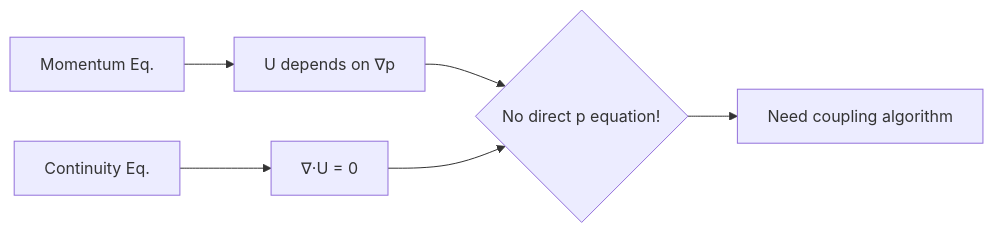
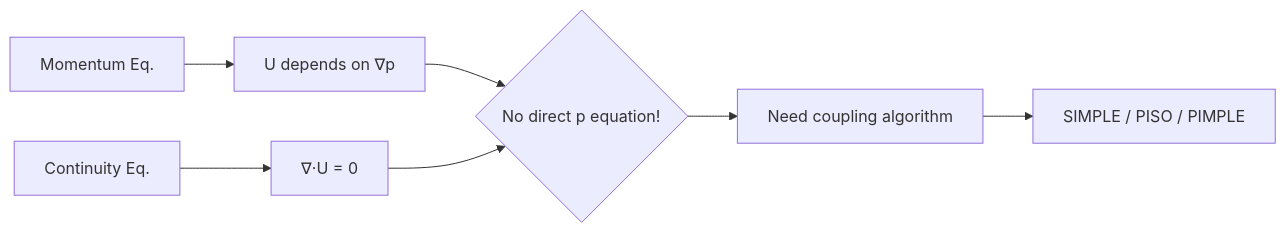
The diagram in MODULE_03_SINGLE_PHASE_FLOW/CONTENT/02_PRESSURE_VELOCITY_COUPLING/00_Overview.md (wramet/build-my-cfd), drawn with Mermaid before and after one commit. The commit also changed other lines of this file and 54 other files, not shown here.

````diff
--- a/MODULE_03_SINGLE_PHASE_FLOW/CONTENT/02_PRESSURE_VELOCITY_COUPLING/00_Overview.md
+++ b/MODULE_03_SINGLE_PHASE_FLOW/CONTENT/02_PRESSURE_VELOCITY_COUPLING/00_Overview.md
@@ -20,8 +42,9 @@
 ```mermaid
 flowchart LR
     A[Momentum Eq.] --> B[U depends on ∇p]
     C[Continuity Eq.] --> D[∇·U = 0]
     B --> E{No direct p equation!}
     D --> E
     E --> F[Need coupling algorithm]
+    F --> G[SIMPLE / PISO / PIMPLE]
 ```
````
